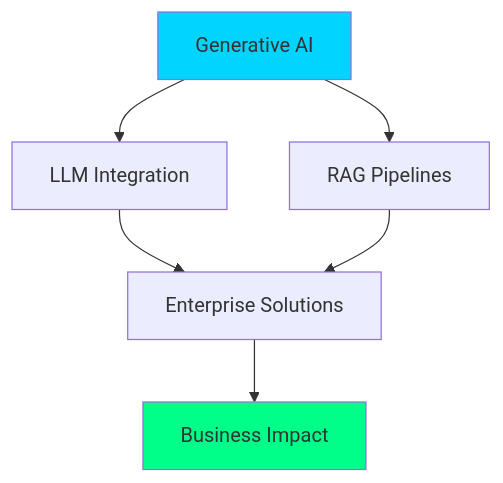
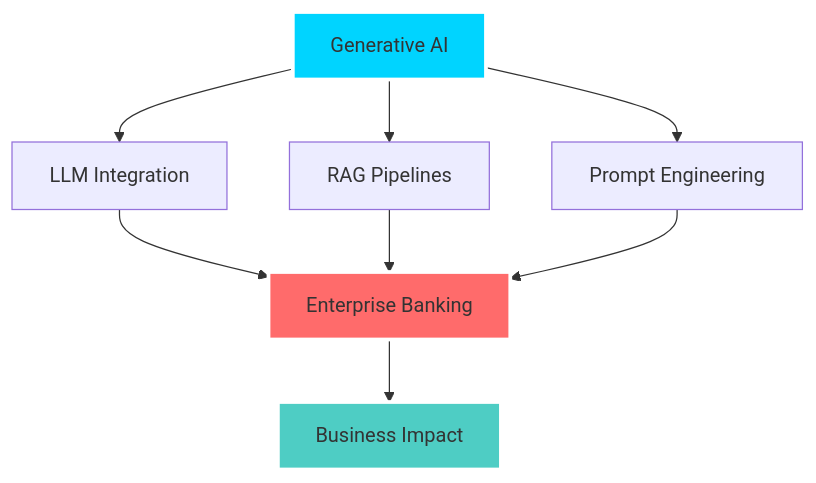
Before and after one commit to Ravitejas1596/Ravitejas1596: the first of 6 diagrams in README.md, drawn with Mermaid. The commit also changed other lines of this file, not shown here.

````diff
--- a/README.md
+++ b/README.md
@@ -40,11 +44,14 @@
 ```mermaid
 graph TD
     A[Generative AI] --> B[LLM Integration]
     A --> C[RAG Pipelines]
-    B --> D[Enterprise Solutions]
-    C --> D
-    D --> E[Business Impact]
+    A --> D[Prompt Engineering]
+    B --> E[Enterprise Banking]
+    C --> E
+    D --> E
+    E --> F[Business Impact]
     
-    style A fill:#00D4FF
-    style E fill:#00FF88
+    style A fill:#00D4FF,stroke:#fff,stroke-width:3px
+    style E fill:#FF6B6B,stroke:#fff,stroke-width:3px
+    style F fill:#4ECDC4,stroke:#fff,stroke-width:3px
 ```
````
